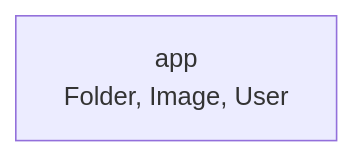
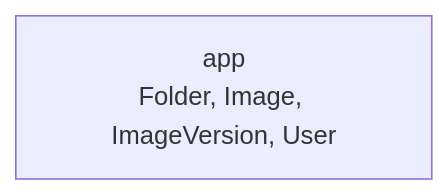
The diagram in docs/spec/modules.md (haniframadhani/stash), drawn with Mermaid before and after one commit. The commit also changed other lines of this file and 21 other files, not shown here.

````diff
--- a/docs/spec/modules.md
+++ b/docs/spec/modules.md
@@ -14,4 +14,4 @@
 ```mermaid
 graph LR
-  m_app["app<br/>Folder, Image, User"]
+  m_app["app<br/>Folder, Image, ImageVersion, User"]
 ```
````
